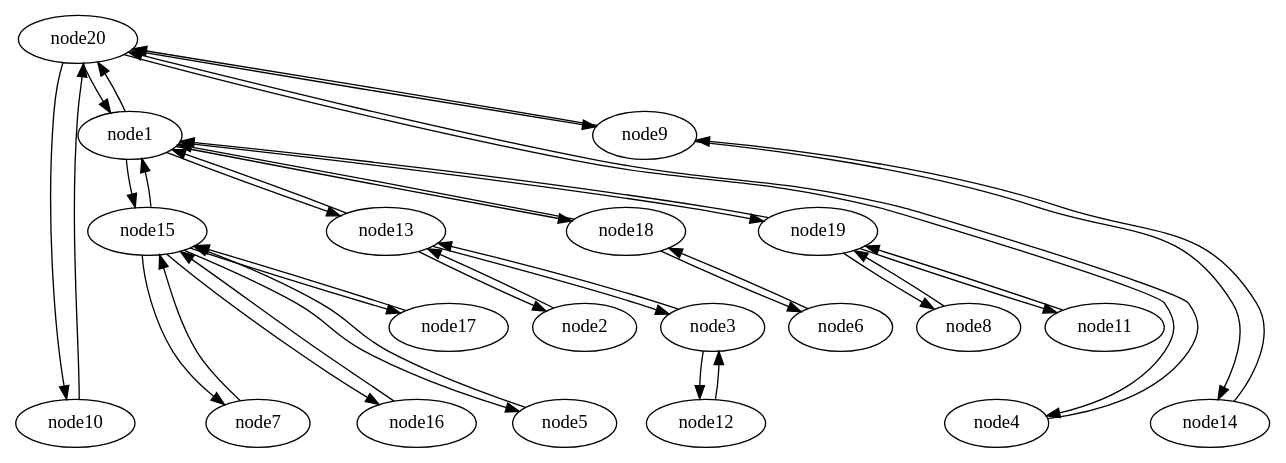
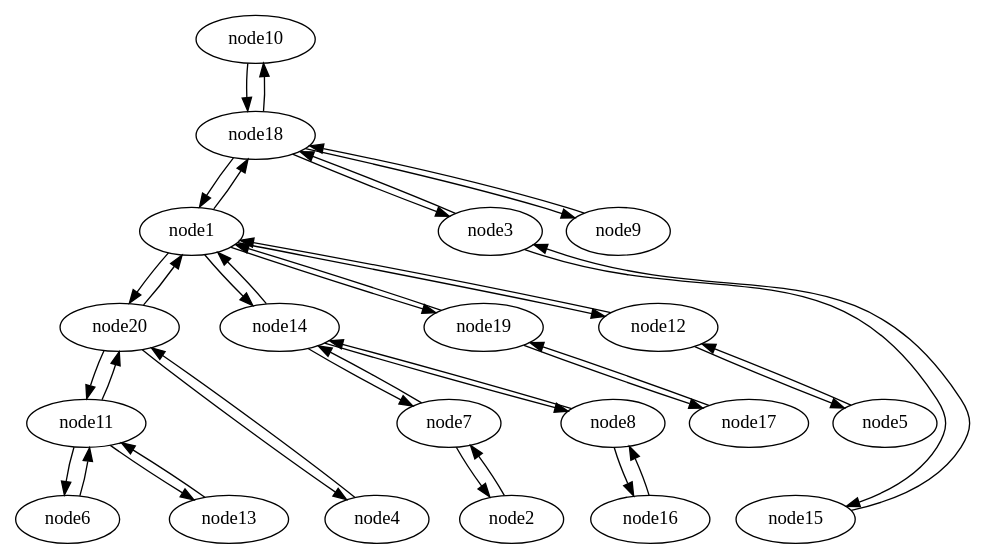
One commit to c12s/plumtree changed the diagram in graphs/tree_t1_before.gv. Above: the diagram before and after it, drawn with Graphviz. The commit also changed 14 other files, not shown here.

```diff
--- a/graphs/tree_t1_before.gv
+++ b/graphs/tree_t1_before.gv
@@ -1,120 +1,120 @@
 strict digraph {
 
 
+	"node10" [  weight=0 ];
+
+	"node10" -> "node18" [  weight=0 ];
+
+	"node18" [  weight=0 ];
+
+	"node18" -> "node1" [  weight=0 ];
+
+	"node18" -> "node3" [  weight=0 ];
+
+	"node18" -> "node10" [  weight=0 ];
+
+	"node18" -> "node9" [  weight=0 ];
+
+	"node2" [  weight=0 ];
+
+	"node2" -> "node7" [  weight=0 ];
+
+	"node9" [  weight=0 ];
+
+	"node9" -> "node18" [  weight=0 ];
+
+	"node11" [  weight=0 ];
+
+	"node11" -> "node6" [  weight=0 ];
+
+	"node11" -> "node13" [  weight=0 ];
+
+	"node11" -> "node20" [  weight=0 ];
+
+	"node14" [  weight=0 ];
+
+	"node14" -> "node7" [  weight=0 ];
+
+	"node14" -> "node8" [  weight=0 ];
+
+	"node14" -> "node1" [  weight=0 ];
+
+	"node19" [  weight=0 ];
+
+	"node19" -> "node1" [  weight=0 ];
+
+	"node19" -> "node17" [  weight=0 ];
+
+	"node17" [  weight=0 ];
+
+	"node17" -> "node19" [  weight=0 ];
+
+	"node3" [  weight=0 ];
+
+	"node3" -> "node15" [  weight=0 ];
+
+	"node3" -> "node18" [  weight=0 ];
+
+	"node6" [  weight=0 ];
+
+	"node6" -> "node11" [  weight=0 ];
+
+	"node5" [  weight=0 ];
+
+	"node5" -> "node12" [  weight=0 ];
+
+	"node15" [  weight=0 ];
+
+	"node15" -> "node3" [  weight=0 ];
+
+	"node12" [  weight=0 ];
+
+	"node12" -> "node1" [  weight=0 ];
+
+	"node12" -> "node5" [  weight=0 ];
+
 	"node20" [  weight=0 ];
-
-	"node20" -> "node10" [  weight=0 ];
 
 	"node20" -> "node1" [  weight=0 ];
 
+	"node20" -> "node11" [  weight=0 ];
+
 	"node20" -> "node4" [  weight=0 ];
 
-	"node20" -> "node9" [  weight=0 ];
+	"node1" [  weight=0 ];
 
-	"node7" [  weight=0 ];
+	"node1" -> "node20" [  weight=0 ];
 
-	"node7" -> "node15" [  weight=0 ];
+	"node1" -> "node12" [  weight=0 ];
+
+	"node1" -> "node14" [  weight=0 ];
+
+	"node1" -> "node18" [  weight=0 ];
+
+	"node1" -> "node19" [  weight=0 ];
+
+	"node8" [  weight=0 ];
+
+	"node8" -> "node14" [  weight=0 ];
+
+	"node8" -> "node16" [  weight=0 ];
+
+	"node13" [  weight=0 ];
+
+	"node13" -> "node11" [  weight=0 ];
 
 	"node16" [  weight=0 ];
 
-	"node16" -> "node15" [  weight=0 ];
-
-	"node13" [  weight=0 ];
-
-	"node13" -> "node2" [  weight=0 ];
-
-	"node13" -> "node3" [  weight=0 ];
-
-	"node13" -> "node1" [  weight=0 ];
-
-	"node2" [  weight=0 ];
-
-	"node2" -> "node13" [  weight=0 ];
+	"node16" -> "node8" [  weight=0 ];
 
 	"node4" [  weight=0 ];
 
 	"node4" -> "node20" [  weight=0 ];
 
-	"node6" [  weight=0 ];
+	"node7" [  weight=0 ];
 
-	"node6" -> "node18" [  weight=0 ];
+	"node7" -> "node14" [  weight=0 ];
 
-	"node19" [  weight=0 ];
-
-	"node19" -> "node1" [  weight=0 ];
-
-	"node19" -> "node8" [  weight=0 ];
-
-	"node19" -> "node11" [  weight=0 ];
-
-	"node3" [  weight=0 ];
-
-	"node3" -> "node12" [  weight=0 ];
-
-	"node3" -> "node13" [  weight=0 ];
-
-	"node9" [  weight=0 ];
-
-	"node9" -> "node14" [  weight=0 ];
-
-	"node9" -> "node20" [  weight=0 ];
-
-	"node12" [  weight=0 ];
-
-	"node12" -> "node3" [  weight=0 ];
-
-	"node5" [  weight=0 ];
-
-	"node5" -> "node15" [  weight=0 ];
-
-	"node11" [  weight=0 ];
-
-	"node11" -> "node19" [  weight=0 ];
-
-	"node18" [  weight=0 ];
-
-	"node18" -> "node1" [  weight=0 ];
-
-	"node18" -> "node6" [  weight=0 ];
-
-	"node15" [  weight=0 ];
-
-	"node15" -> "node17" [  weight=0 ];
-
-	"node15" -> "node1" [  weight=0 ];
-
-	"node15" -> "node5" [  weight=0 ];
-
-	"node15" -> "node7" [  weight=0 ];
-
-	"node15" -> "node16" [  weight=0 ];
-
-	"node10" [  weight=0 ];
-
-	"node10" -> "node20" [  weight=0 ];
-
-	"node1" [  weight=0 ];
-
-	"node1" -> "node15" [  weight=0 ];
-
-	"node1" -> "node18" [  weight=0 ];
-
-	"node1" -> "node19" [  weight=0 ];
-
-	"node1" -> "node20" [  weight=0 ];
-
-	"node1" -> "node13" [  weight=0 ];
-
-	"node17" [  weight=0 ];
-
-	"node17" -> "node15" [  weight=0 ];
-
-	"node8" [  weight=0 ];
-
-	"node8" -> "node19" [  weight=0 ];
-
-	"node14" [  weight=0 ];
-
-	"node14" -> "node9" [  weight=0 ];
+	"node7" -> "node2" [  weight=0 ];
 
 }
```
